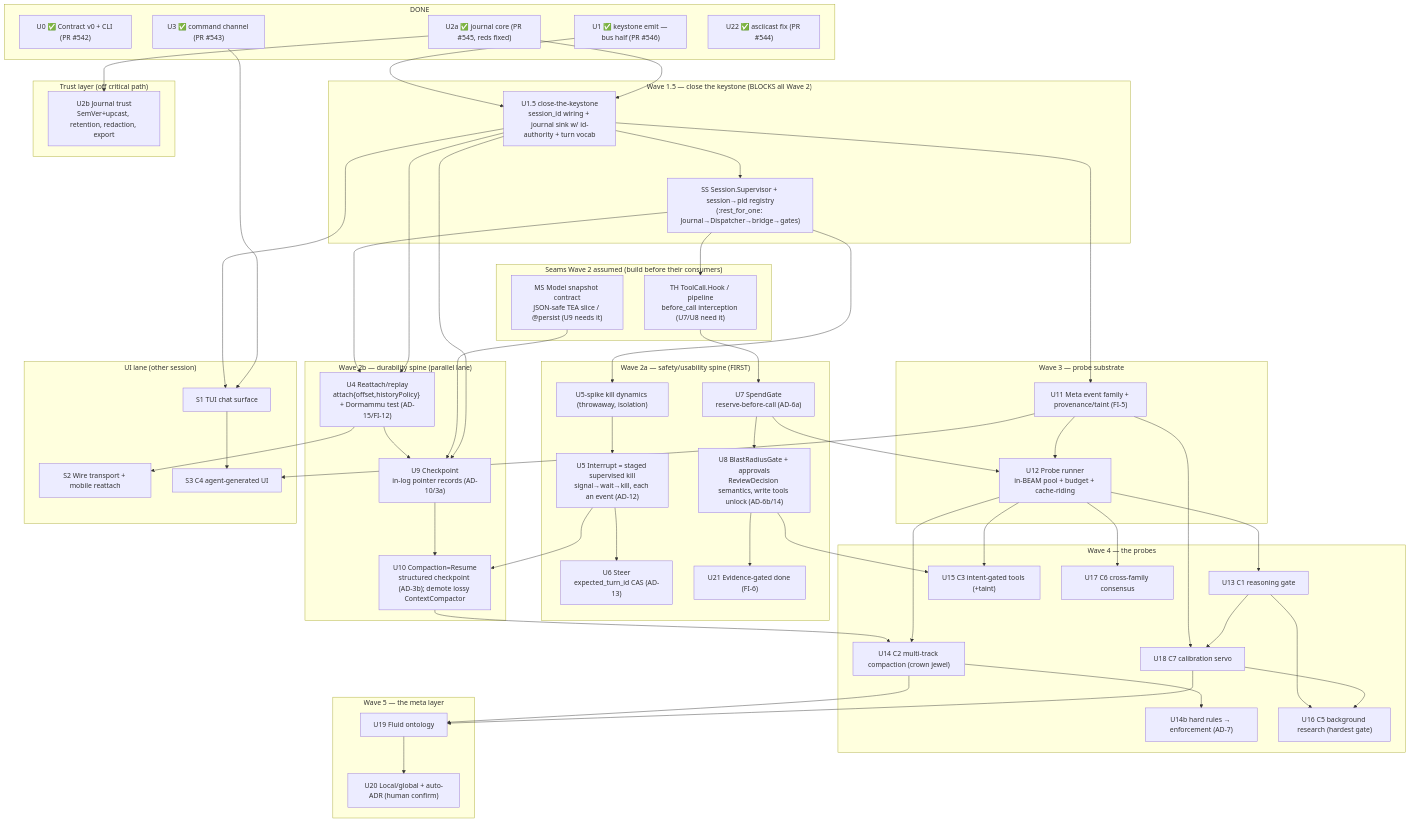
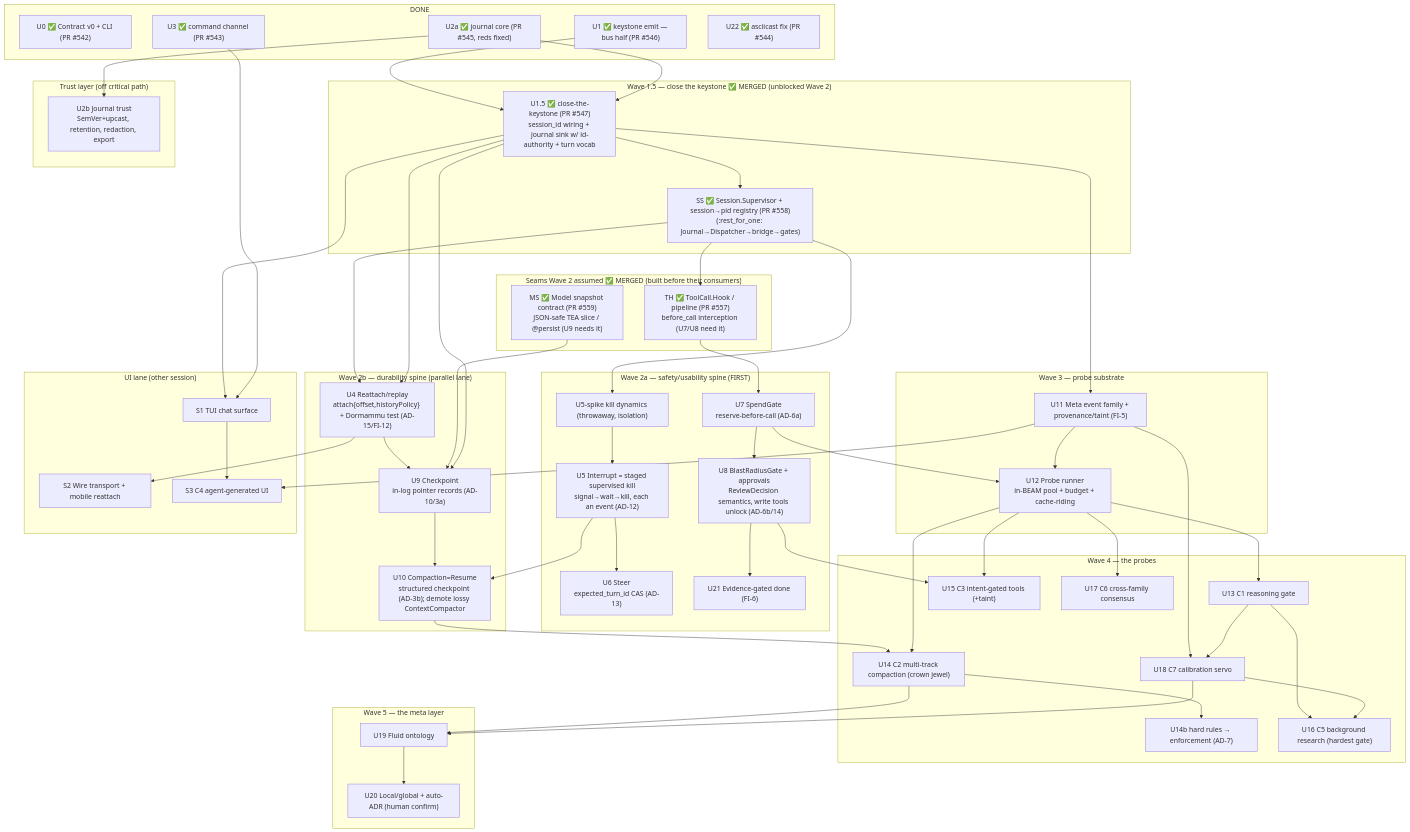
One commit to DROOdotFOO/raxol changed the diagram in docs/proposals/in-flight/harness-roadmap.md. Above: the diagram before and after it, drawn with Mermaid. The commit also changed other lines of this file and 7 other files, not shown here.

First line of the commit message:
docs(harness): housekeeping — parked-items backlog, roadmap status sync (merges + red-first split), committed audit trail

```diff
--- a/docs/proposals/in-flight/harness-roadmap.md
+++ b/docs/proposals/in-flight/harness-roadmap.md
@@ -48,14 +48,14 @@
         U22["U22 ✅ asciicast fix (PR #544)"]
     end
 
-    subgraph GATE["Wave 1.5 — close the keystone (BLOCKS all Wave 2)"]
-        U1c["U1.5 close-the-keystone<br/>session_id wiring + journal sink w/ id-authority + turn vocab"]
-        SS["SS Session.Supervisor + session→pid registry<br/>(:rest_for_one: Journal→Dispatcher→bridge→gates)"]
+    subgraph GATE["Wave 1.5 — close the keystone ✅ MERGED (unblocked Wave 2)"]
+        U1c["U1.5 ✅ close-the-keystone (PR #547)<br/>session_id wiring + journal sink w/ id-authority + turn vocab"]
+        SS["SS ✅ Session.Supervisor + session→pid registry (PR #558)<br/>(:rest_for_one: Journal→Dispatcher→bridge→gates)"]
     end
 
-    subgraph SEAMS["Seams Wave 2 assumed (build before their consumers)"]
-        TH["TH ToolCall.Hook / pipeline<br/>before_call interception (U7/U8 need it)"]
-        MS["MS Model snapshot contract<br/>JSON-safe TEA slice / @persist (U9 needs it)"]
+    subgraph SEAMS["Seams Wave 2 assumed ✅ MERGED (built before their consumers)"]
+        TH["TH ✅ ToolCall.Hook / pipeline (PR #557)<br/>before_call interception (U7/U8 need it)"]
+        MS["MS ✅ Model snapshot contract (PR #559)<br/>JSON-safe TEA slice / @persist (U9 needs it)"]
     end
 
     subgraph SAFETY["Wave 2a — safety/usability spine (FIRST)"]
```
